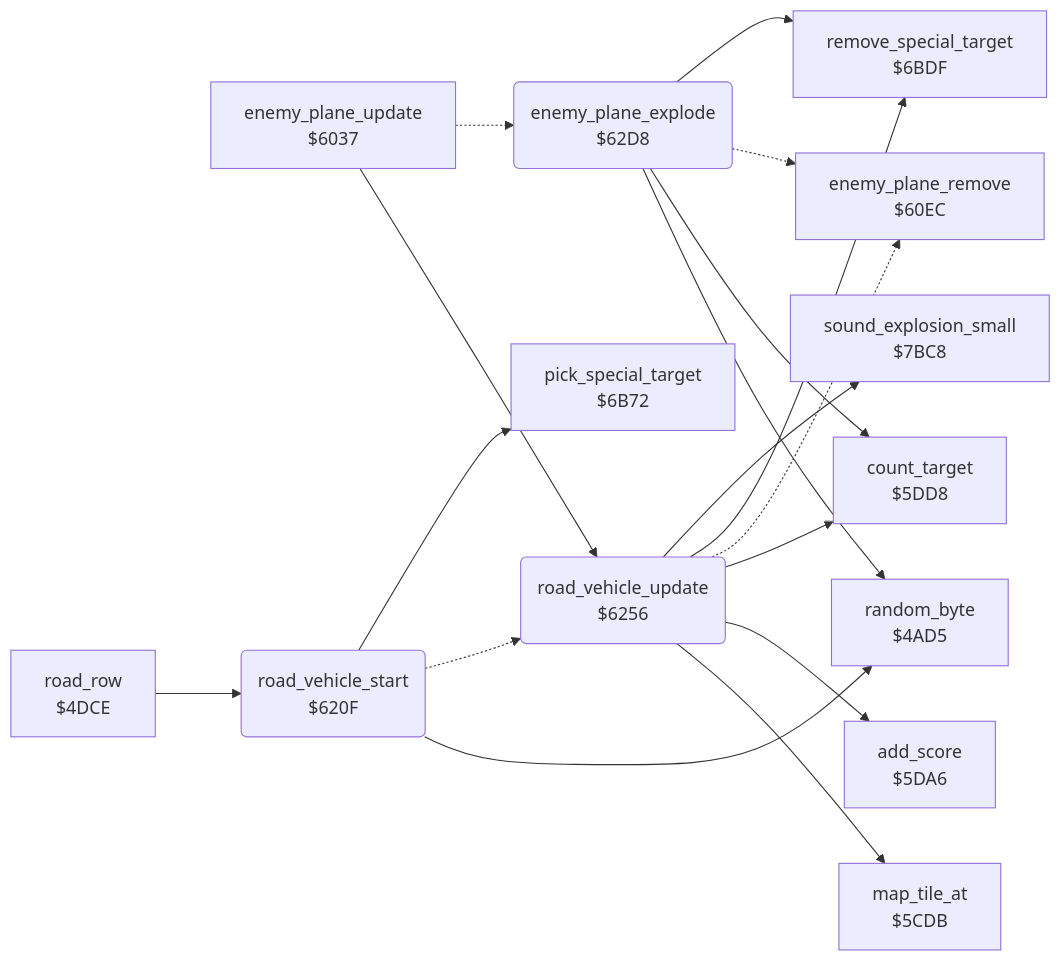
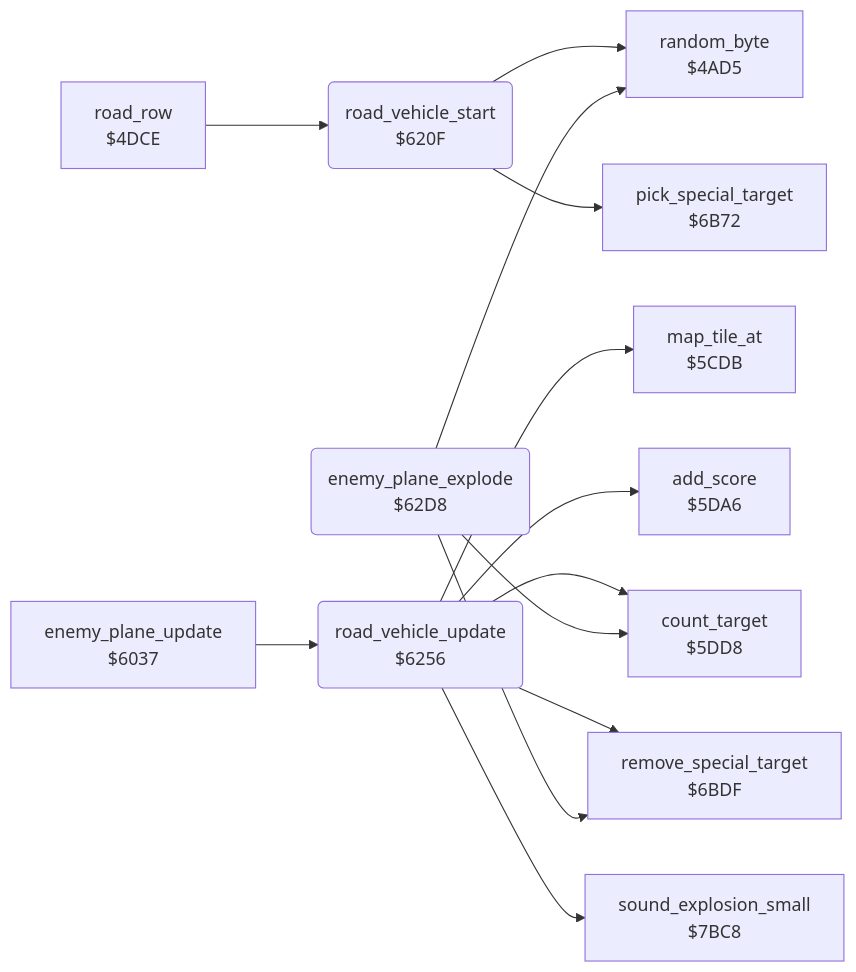
Before and after one commit to henols/c64_games: the diagram in blue_max/docs/reference/modules/enemy/road_vehicle.md, drawn with Mermaid. The commit also changed other lines of this file and 1100 other files, not shown here.

````diff
--- a/blue_max/docs/reference/modules/enemy/road_vehicle.md
+++ b/blue_max/docs/reference/modules/enemy/road_vehicle.md
@@ -10,32 +18,27 @@
 ```mermaid
 flowchart LR
   n4ad5["random_byte<br/>$4AD5"]
   n4dce["road_row<br/>$4DCE"]
   n5cdb["map_tile_at<br/>$5CDB"]
   n5da6["add_score<br/>$5DA6"]
   n5dd8["count_target<br/>$5DD8"]
   n6037["enemy_plane_update<br/>$6037"]
-  n60ec["enemy_plane_remove<br/>$60EC"]
   n620f("road_vehicle_start<br/>$620F")
   n6256("road_vehicle_update<br/>$6256")
   n62d8("enemy_plane_explode<br/>$62D8")
   n6b72["pick_special_target<br/>$6B72"]
   n6bdf["remove_special_target<br/>$6BDF"]
   n7bc8["sound_explosion_small<br/>$7BC8"]
   n4dce --> n620f
   n6037 --> n6256
-  n6037 -.-> n62d8
   n620f --> n4ad5
-  n620f -.-> n6256
   n620f --> n6b72
   n6256 --> n5cdb
   n6256 --> n5da6
   n6256 --> n5dd8
-  n6256 -.-> n60ec
   n6256 --> n6bdf
   n6256 --> n7bc8
   n62d8 --> n4ad5
   n62d8 --> n5dd8
-  n62d8 -.-> n60ec
   n62d8 --> n6bdf
 ```
````
